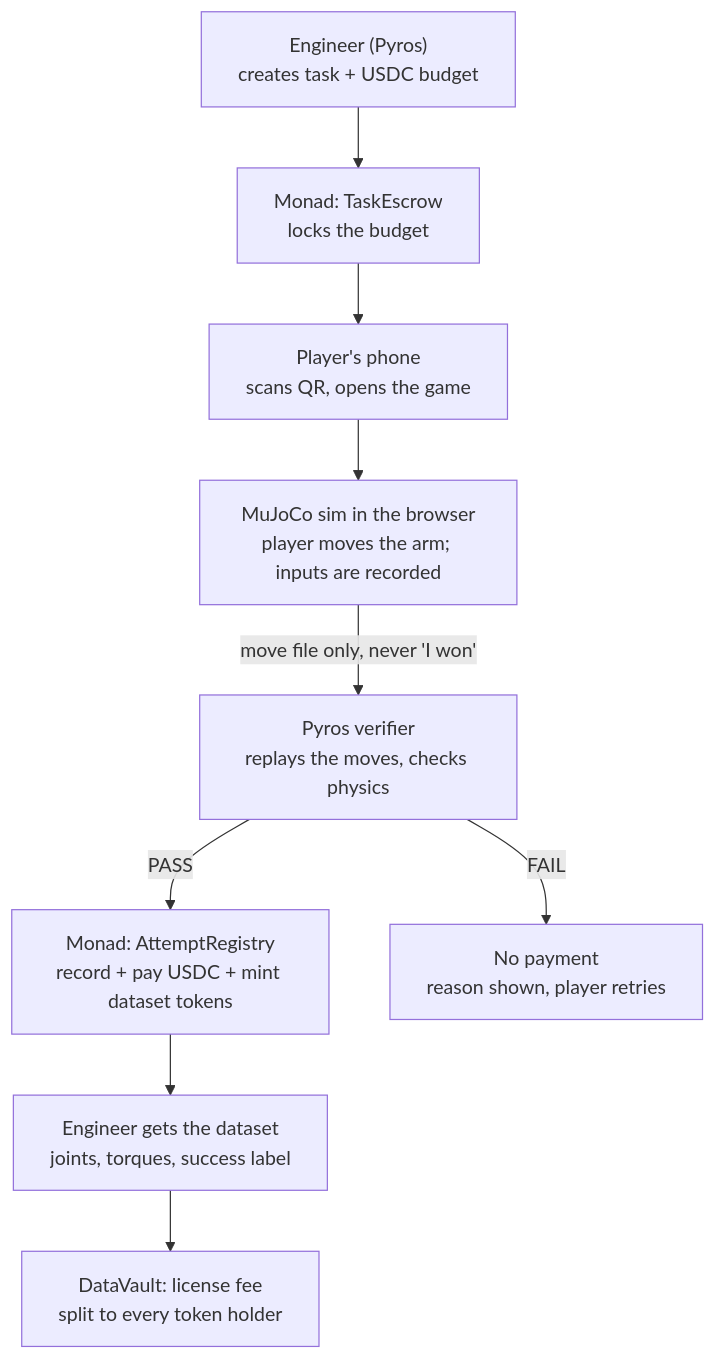
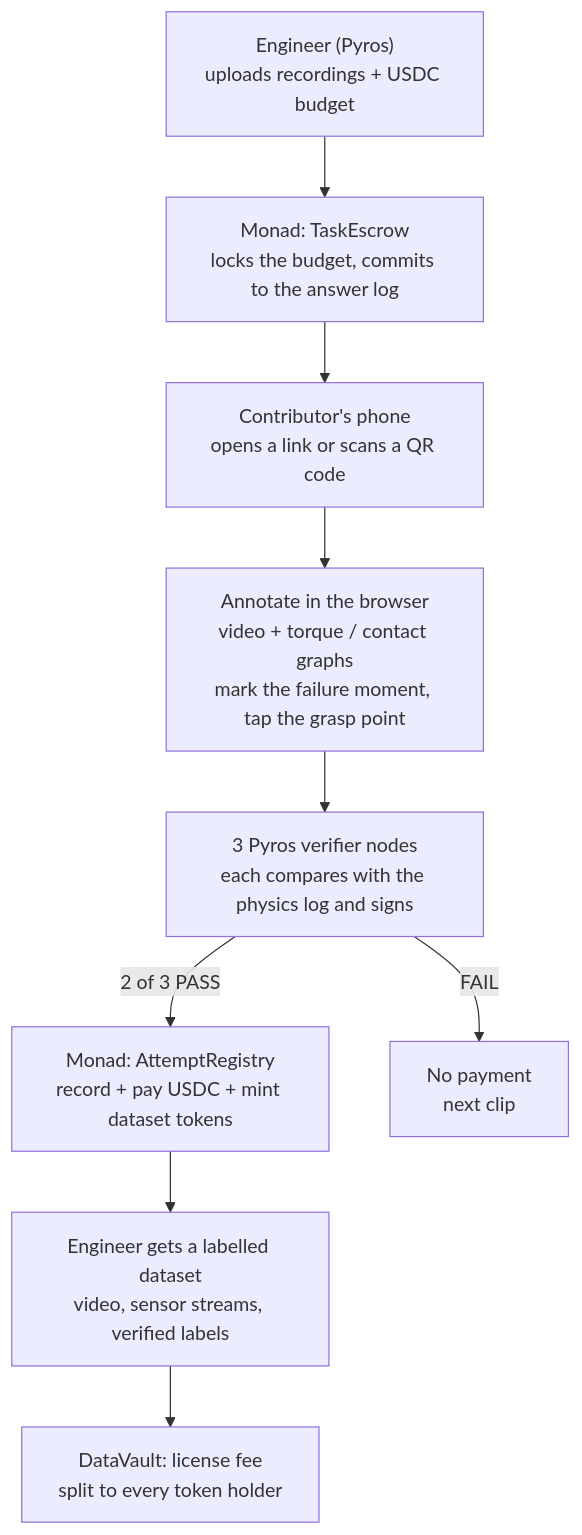
Before and after one commit to monad-developers/monad-blitz-devcon-mumbai: the diagram in README.md, drawn with Mermaid. The commit also changed other lines of this file, not shown here.

````diff
--- a/README.md
+++ b/README.md
@@ -35,11 +43,11 @@
 ```mermaid
 flowchart TD
-  eng["Engineer (Pyros)<br/>creates task + USDC budget"] --> esc["Monad: TaskEscrow<br/>locks the budget"]
-  esc --> phone["Player's phone<br/>scans QR, opens the game"]
-  phone --> sim["MuJoCo sim in the browser<br/>player moves the arm; inputs are recorded"]
-  sim -->|"move file only, never 'I won'"| ver["Pyros verifier<br/>replays the moves, checks physics"]
-  ver -->|PASS| pay["Monad: AttemptRegistry<br/>record + pay USDC + mint dataset tokens"]
-  ver -->|FAIL| retry["No payment<br/>reason shown, player retries"]
-  pay --> data["Engineer gets the dataset<br/>joints, torques, success label"]
+  eng["Engineer (Pyros)<br/>uploads recordings + USDC budget"] --> esc["Monad: TaskEscrow<br/>locks the budget, commits to the answer log"]
+  esc --> phone["Contributor's phone<br/>opens a link or scans a QR code"]
+  phone --> ann["Annotate in the browser<br/>video + torque / contact graphs<br/>mark the failure moment, tap the grasp point"]
+  ann --> ver["3 Pyros verifier nodes<br/>each compares with the physics log and signs"]
+  ver -->|"2 of 3 PASS"| pay["Monad: AttemptRegistry<br/>record + pay USDC + mint dataset tokens"]
+  ver -->|FAIL| next["No payment<br/>next clip"]
+  pay --> data["Engineer gets a labelled dataset<br/>video, sensor streams, verified labels"]
   data --> lic["DataVault: license fee<br/>split to every token holder"]
 ```
````
